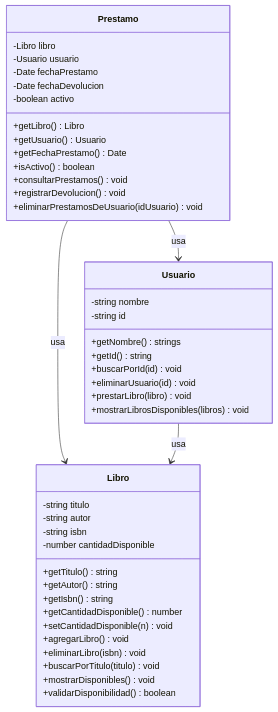
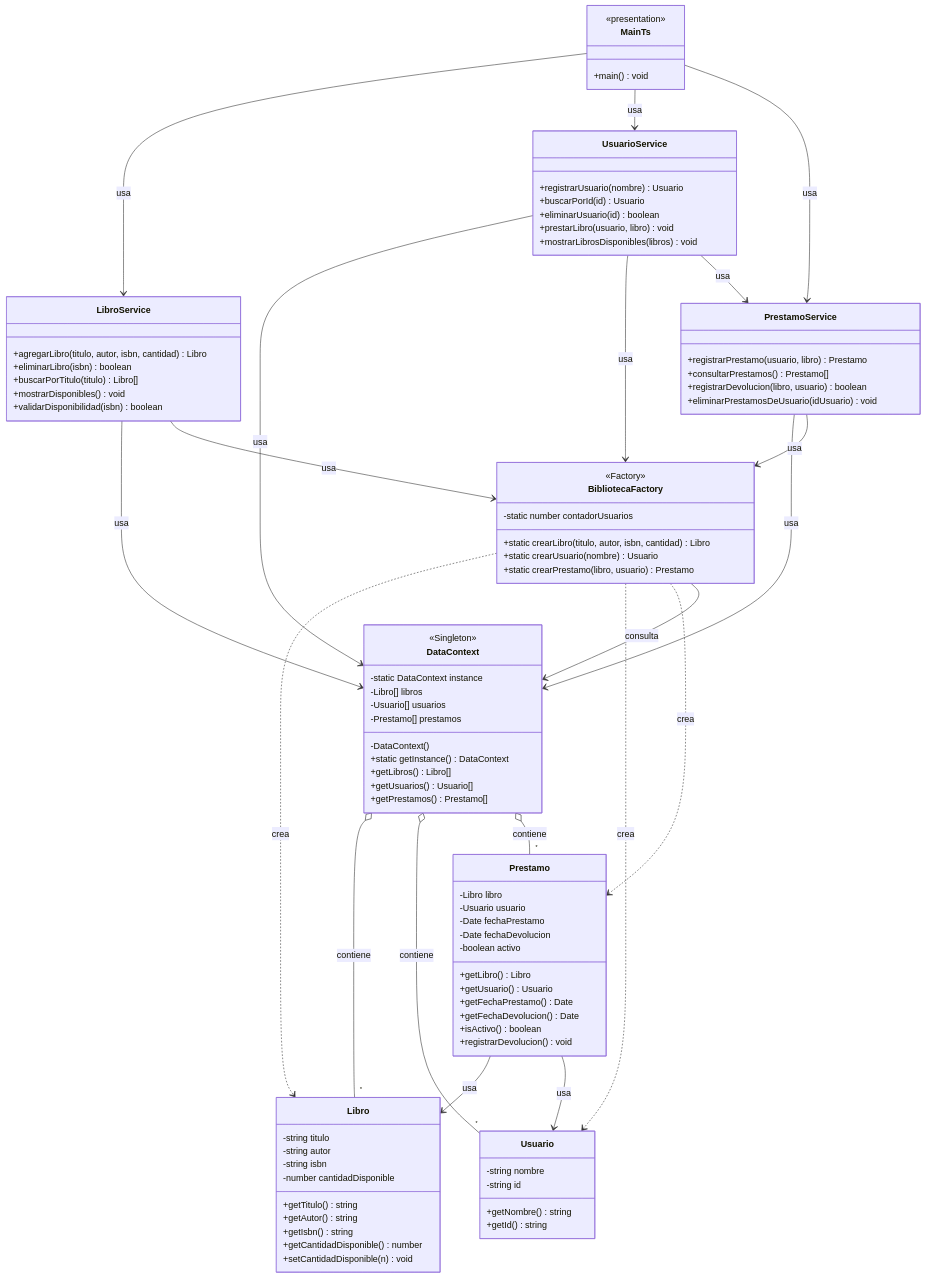
One commit to alarconale2610-ai/-GestionBiblioteca changed the diagram in Diagrama.mmd. Above: the diagram before and after it, drawn with Mermaid. The commit also changed 8 other files, not shown here.

````diff
--- a/Diagrama.mmd
+++ b/Diagrama.mmd
@@ -1,50 +1,109 @@
-
 classDiagram
 
     class Libro {
         -string titulo
         -string autor
         -string isbn
         -number cantidadDisponible
         +getTitulo() string
         +getAutor() string
         +getIsbn() string
         +getCantidadDisponible() number
         +setCantidadDisponible(n) void
-        +agregarLibro() void
-        +eliminarLibro(isbn) void
-        +buscarPorTitulo(titulo) void
-        +mostrarDisponibles() void
-        +validarDisponibilidad() boolean
     }
 
     class Usuario {
         -string nombre
         -string id
-        +getNombre() strings
+        +getNombre() string
         +getId() string
-        +buscarPorId(id) void
-        +eliminarUsuario(id) void
-        +prestarLibro(libro) void
-        +mostrarLibrosDisponibles(libros) void
     }
 
     class Prestamo {
         -Libro libro
         -Usuario usuario
         -Date fechaPrestamo
         -Date fechaDevolucion
         -boolean activo
         +getLibro() Libro
         +getUsuario() Usuario
         +getFechaPrestamo() Date
+        +getFechaDevolucion() Date
         +isActivo() boolean
-        +consultarPrestamos() void
         +registrarDevolucion() void
+    }
+
+    class DataContext {
+        <<Singleton>>
+        -static DataContext instance
+        -Libro[] libros
+        -Usuario[] usuarios
+        -Prestamo[] prestamos
+        -DataContext()
+        +static getInstance() DataContext
+        +getLibros() Libro[]
+        +getUsuarios() Usuario[]
+        +getPrestamos() Prestamo[]
+    }
+
+    class BibliotecaFactory {
+        <<Factory>>
+        -static number contadorUsuarios
+        +static crearLibro(titulo, autor, isbn, cantidad) Libro
+        +static crearUsuario(nombre) Usuario
+        +static crearPrestamo(libro, usuario) Prestamo
+    }
+
+    class LibroService {
+        +agregarLibro(titulo, autor, isbn, cantidad) Libro
+        +eliminarLibro(isbn) boolean
+        +buscarPorTitulo(titulo) Libro[]
+        +mostrarDisponibles() void
+        +validarDisponibilidad(isbn) boolean
+    }
+
+    class UsuarioService {
+        +registrarUsuario(nombre) Usuario
+        +buscarPorId(id) Usuario
+        +eliminarUsuario(id) boolean
+        +prestarLibro(usuario, libro) void
+        +mostrarLibrosDisponibles(libros) void
+    }
+
+    class PrestamoService {
+        +registrarPrestamo(usuario, libro) Prestamo
+        +consultarPrestamos() Prestamo[]
+        +registrarDevolucion(libro, usuario) boolean
         +eliminarPrestamosDeUsuario(idUsuario) void
+    }
+
+    class MainTs {
+        <<presentation>>
+        +main() void
     }
 
     Prestamo --> Libro : usa
     Prestamo --> Usuario : usa
-    Usuario --> Libro : usa
-```
+
+    DataContext o-- "*" Libro : contiene
+    DataContext o-- "*" Usuario : contiene
+    DataContext o-- "*" Prestamo : contiene
+
+    BibliotecaFactory ..> Libro : crea
+    BibliotecaFactory ..> Usuario : crea
+    BibliotecaFactory ..> Prestamo : crea
+    BibliotecaFactory --> DataContext : consulta
+
+    LibroService --> DataContext : usa
+    LibroService --> BibliotecaFactory : usa
+
+    UsuarioService --> DataContext : usa
+    UsuarioService --> BibliotecaFactory : usa
+    UsuarioService --> PrestamoService : usa
+
+    PrestamoService --> DataContext : usa
+    PrestamoService --> BibliotecaFactory : usa
+
+    MainTs --> LibroService : usa
+    MainTs --> UsuarioService : usa
+    MainTs --> PrestamoService : usa
````
